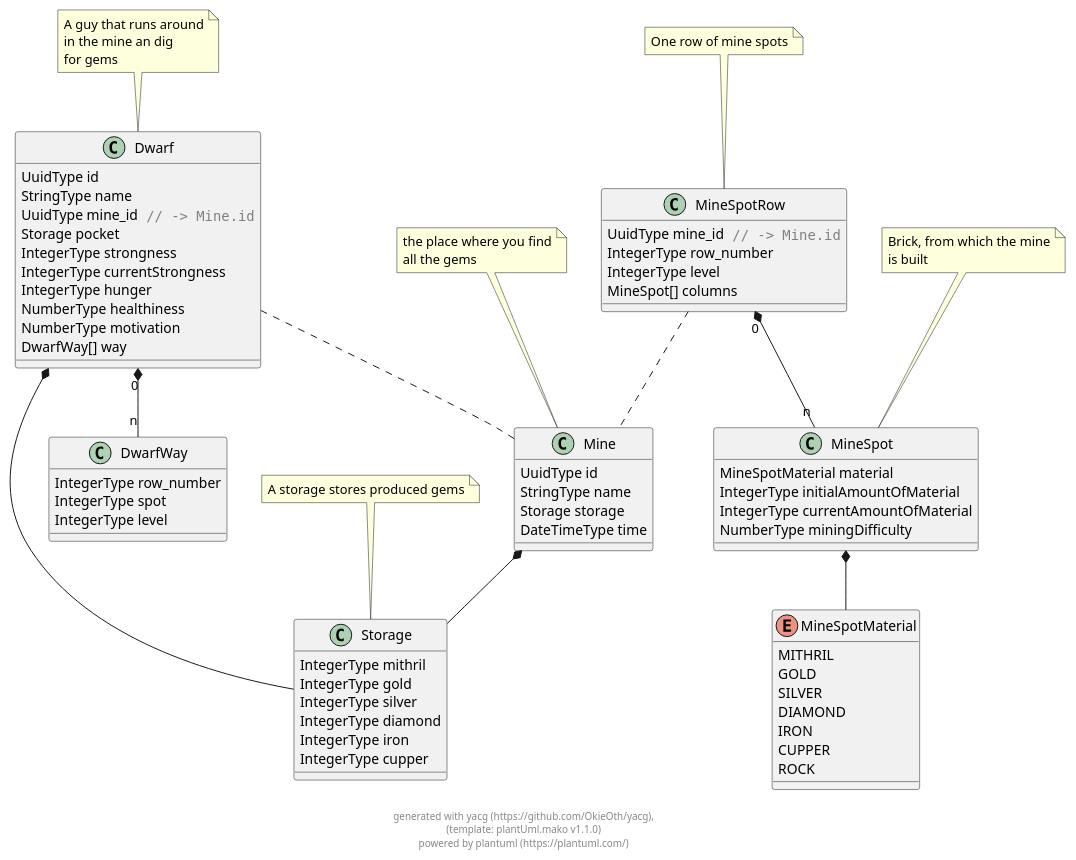
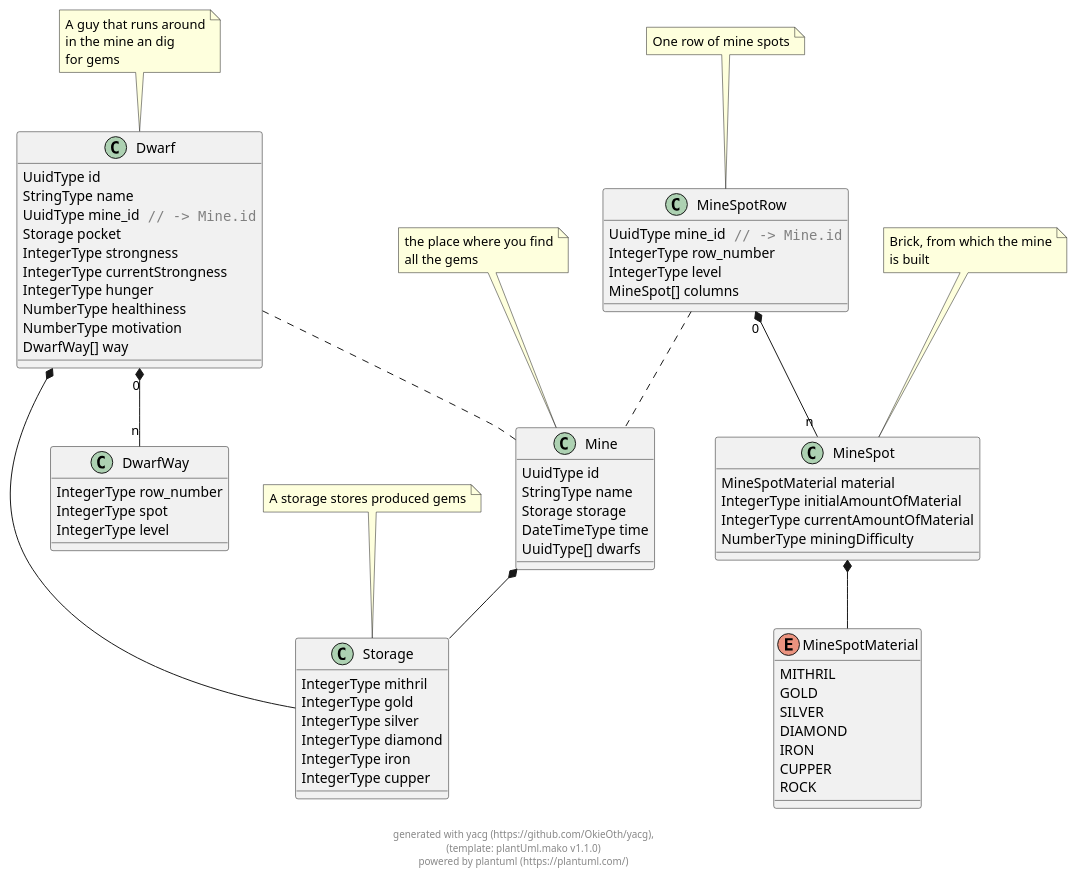
The diagram in docs/generated/nibelheim.puml (OkieOth/nibelheim_ts), drawn with PlantUML before and after one commit. The commit also changed 6 other files, not shown here.

```diff
--- a/docs/generated/nibelheim.puml
+++ b/docs/generated/nibelheim.puml
@@ -2,129 +2,131 @@
 @startuml
 
 class Mine {
         UuidType id
         StringType name
         Storage storage
         DateTimeType time
+        UuidType[] dwarfs
 }
 
 note top: the place where you find\nall the gems
 
 class Storage {
         IntegerType mithril
         IntegerType gold
         IntegerType silver
         IntegerType diamond
         IntegerType iron
         IntegerType cupper
 }
 
 note top: A storage stores produced gems
 
 enum MineSpotMaterial {
     MITHRIL
     GOLD
     SILVER
     DIAMOND
     IRON
     CUPPER
     ROCK
 }
 
 
 class MineSpot {
         MineSpotMaterial material
         IntegerType initialAmountOfMaterial
         IntegerType currentAmountOfMaterial
         NumberType miningDifficulty
 }
 
 note top: Brick, from which the mine\nis built
 
 class MineSpotRow {
         UuidType mine_id<color:grey>"" // -> Mine.id""</color>
         IntegerType row_number
         IntegerType level
         MineSpot[] columns
 }
 
 note top: One row of mine spots
 
 class Dwarf {
         UuidType id
         StringType name
         UuidType mine_id<color:grey>"" // -> Mine.id""</color>
         Storage pocket
         IntegerType strongness
         IntegerType currentStrongness
         IntegerType hunger
         NumberType healthiness
         NumberType motivation
         DwarfWay[] way
 }
 
 note top: A guy that runs around\nin the mine an dig\nfor gems
 
 class DwarfWay {
         IntegerType row_number
         IntegerType spot
         IntegerType level
 }
 
 
 
     
 
 
 Mine  *--  Storage
             
 
 
+
     
 
 
 
 
 
 
     
     
 MineSpot  *--  MineSpotMaterial
             
 
 
 
 
     
 
 MineSpotRow .. Mine
             
 
 
 MineSpotRow "0" *-- "n" MineSpot
             
 
     
 
 
 
 Dwarf .. Mine
             
 Dwarf  *--  Storage
             
 
 
 
 
 
 
 Dwarf "0" *-- "n" DwarfWay
             
 
     
 
 
 
 
 footer \ngenerated with yacg (https://github.com/OkieOth/yacg),\n(template: plantUml.mako v1.1.0)\npowered by plantuml (https://plantuml.com/)
 @enduml
```
